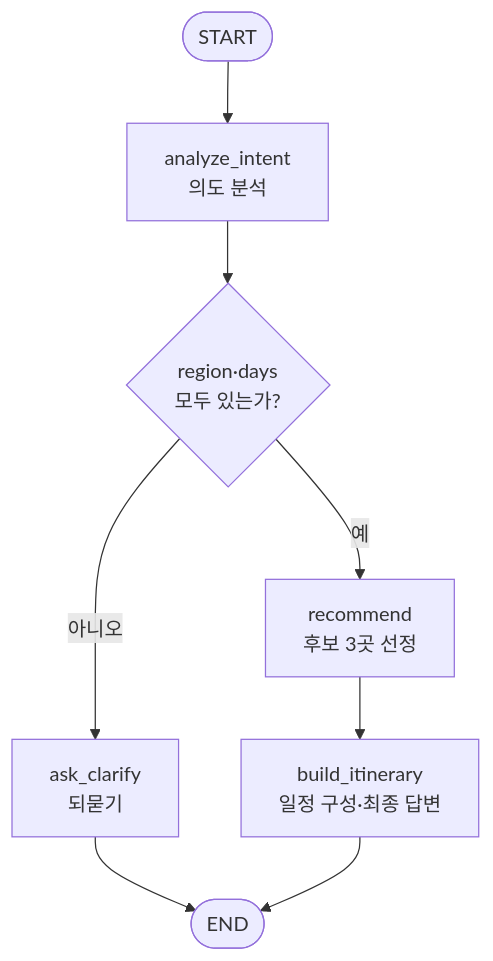
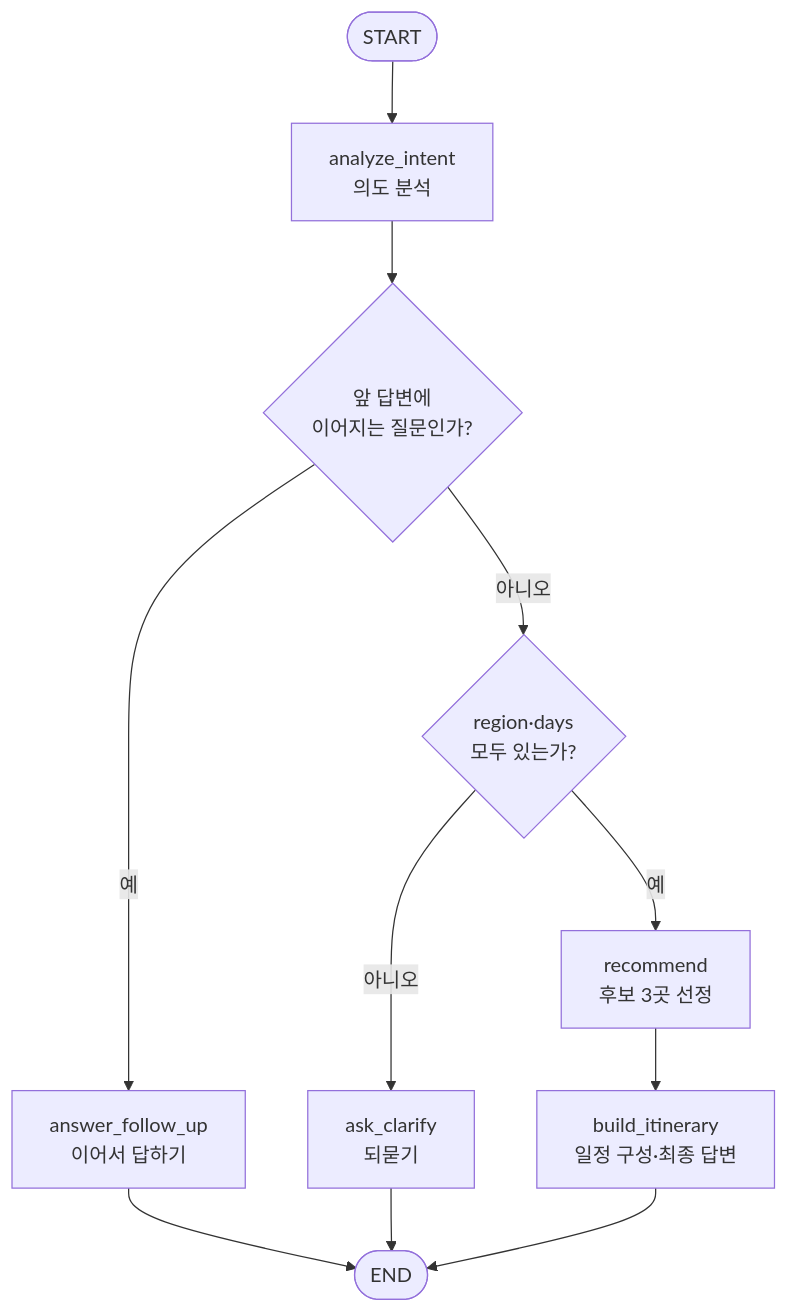
Before and after one commit to devGWeloper/LangGraphTemplate: the diagram in teams/team0/README.md, drawn with Mermaid. The commit also changed other lines of this file and 2 other files, not shown here.

````diff
--- a/teams/team0/README.md
+++ b/teams/team0/README.md
@@ -71,10 +75,13 @@
 ```mermaid
 graph TD
     START([START]) --> A[analyze_intent<br/>의도 분석]
-    A --> B{region·days<br/>모두 있는가?}
+    A --> F{앞 답변에<br/>이어지는 질문인가?}
+    F -->|예| G[answer_follow_up<br/>이어서 답하기]
+    F -->|아니오| B{region·days<br/>모두 있는가?}
     B -->|아니오| C[ask_clarify<br/>되묻기]
     B -->|예| D[recommend<br/>후보 3곳 선정]
     D --> E[build_itinerary<br/>일정 구성·최종 답변]
-    C --> FIN([END])
+    G --> FIN([END])
+    C --> FIN
     E --> FIN
 ```
````
